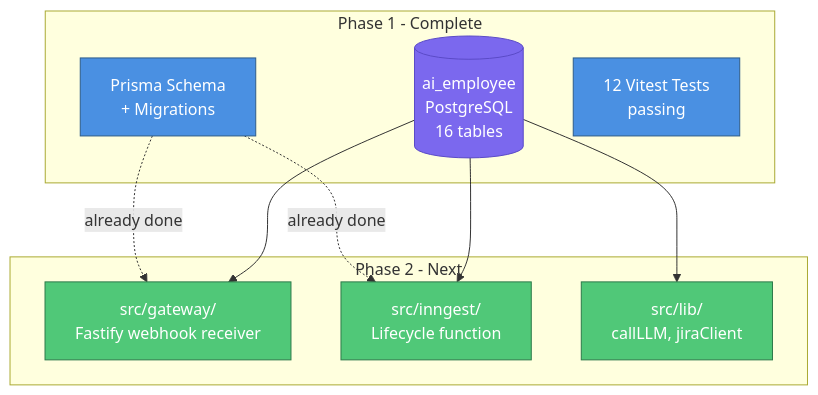
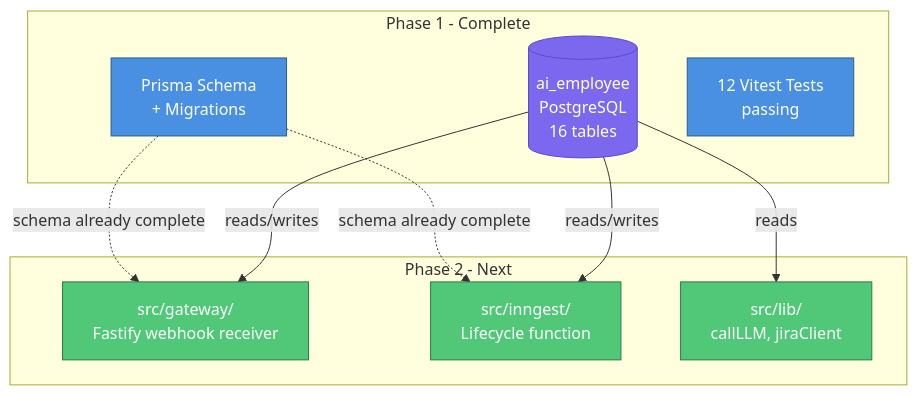
The sixth of 6 diagrams in docs/2026-03-26-1511-phase1-foundation.md (viiqswim/dozaldevs-ai-employee), drawn with Mermaid before and after one commit. The commit also changed other lines of this file, not shown here.

Commit message:
docs: update Phase 1 diagrams to Mermaid standards (numbered steps, flow tables, standard palette)

````diff
--- a/docs/2026-03-26-1511-phase1-foundation.md
+++ b/docs/2026-03-26-1511-phase1-foundation.md
@@ -370,24 +397,24 @@
 ```mermaid
 flowchart TD
     subgraph Phase 1 - Complete
         DB[("ai_employee\nPostgreSQL\n16 tables")]:::storage
         SCHEMA["Prisma Schema\n+ Migrations"]:::service
         TESTS["12 Vitest Tests\npassing"]:::service
     end
 
     subgraph Phase 2 - Next
-        GW["src/gateway/\nFastify webhook receiver"]:::next
-        ING["src/inngest/\nLifecycle function"]:::next
-        LIB["src/lib/\ncallLLM, jiraClient"]:::next
+        GW["src/gateway/\nFastify webhook receiver"]:::event
+        ING["src/inngest/\nLifecycle function"]:::event
+        LIB["src/lib/\ncallLLM, jiraClient"]:::event
     end
 
-    DB --> GW
-    DB --> ING
-    DB --> LIB
-    SCHEMA -.->|"already done"| GW
-    SCHEMA -.->|"already done"| ING
+    DB -->|"reads/writes"| GW
+    DB -->|"reads/writes"| ING
+    DB -->|"reads"| LIB
+    SCHEMA -.->|"schema already complete"| GW
+    SCHEMA -.->|"schema already complete"| ING
 
     classDef storage fill:#7B68EE,stroke:#5B4BC7,color:#fff
     classDef service fill:#4A90E2,stroke:#2E5C8A,color:#fff
-    classDef next fill:#50C878,stroke:#2D7A4A,color:#fff
+    classDef event fill:#50C878,stroke:#2D7A4A,color:#fff
 ```
````
